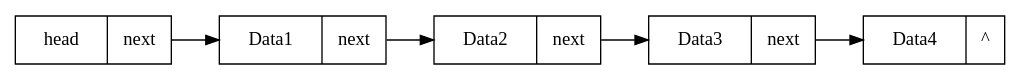
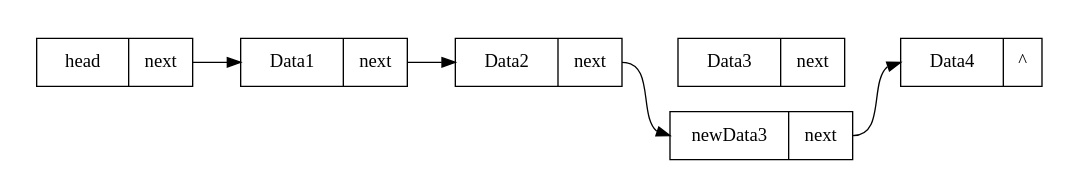
The diagram in pic/Graphviz/qw.dot (Mirasire/icpc-train), drawn with Graphviz before and after one commit. The commit also changed 2 other files, not shown here.

```diff
--- a/pic/Graphviz/qw.dot
+++ b/pic/Graphviz/qw.dot
@@ -1,10 +1,23 @@
 digraph LinkedList{
     node [shape = record]
+    splines = true;
     rankdir = LR;
-    head  [label="{&nbsp; head &nbsp; |next}"]
-    node1 [label=" {&nbsp; Data1 &nbsp;| next}"];
-    node2 [label=" {&nbsp; Data2 &nbsp;| next}"];
-    node3 [label=" {&nbsp; Data3 &nbsp;| next}"];
-    node4 [label=" {&nbsp; Data4 &nbsp;| ^ }"];
-    head->node1->node2->node3->node4;
+    subgraph cluster_0{
+        color = transparent;
+        head  [label="{<data>&nbsp; head &nbsp; | <next> next}"]
+        node1 [label=" {<data>&nbsp; Data1 &nbsp;| <next> next}"];
+        node2 [label=" {<data>&nbsp; Data2 &nbsp;| <next> next}"];
+        node3 [label=" {<data>&nbsp; Data3 &nbsp;| <next> next}"];
+        node4 [label=" {<data>&nbsp; Data4 &nbsp;| ^ }"];
+
+        head:next->node1:data;
+        node1:next->node2:data;
+        node2:next ->node3:data [color = transparent];
+        node3:next ->node4:data [color = transparent];
+    }
+
+    node5 [label=" {<data> newData3 | <next>next}"];
+    node2:next->node5:data;
+    node5:next ->node4:data;
+    
 }
```
